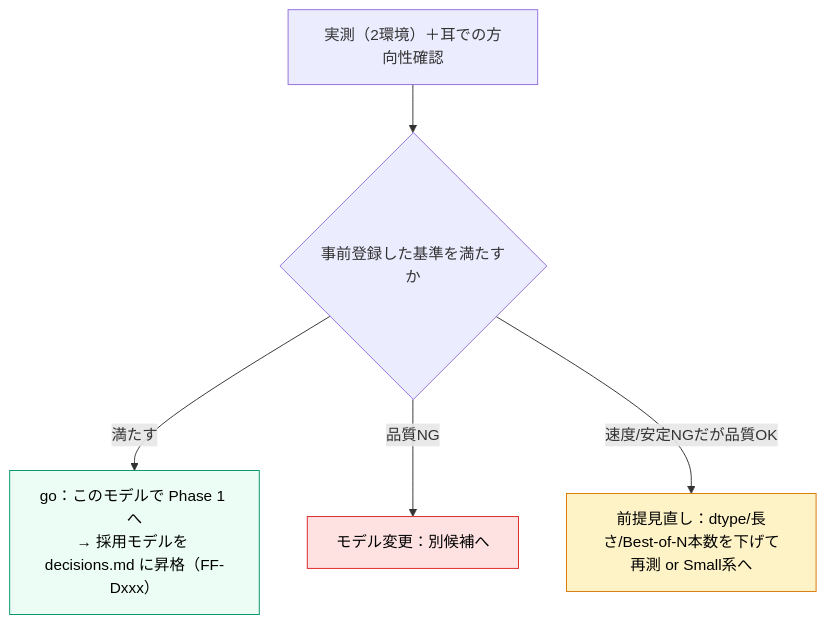
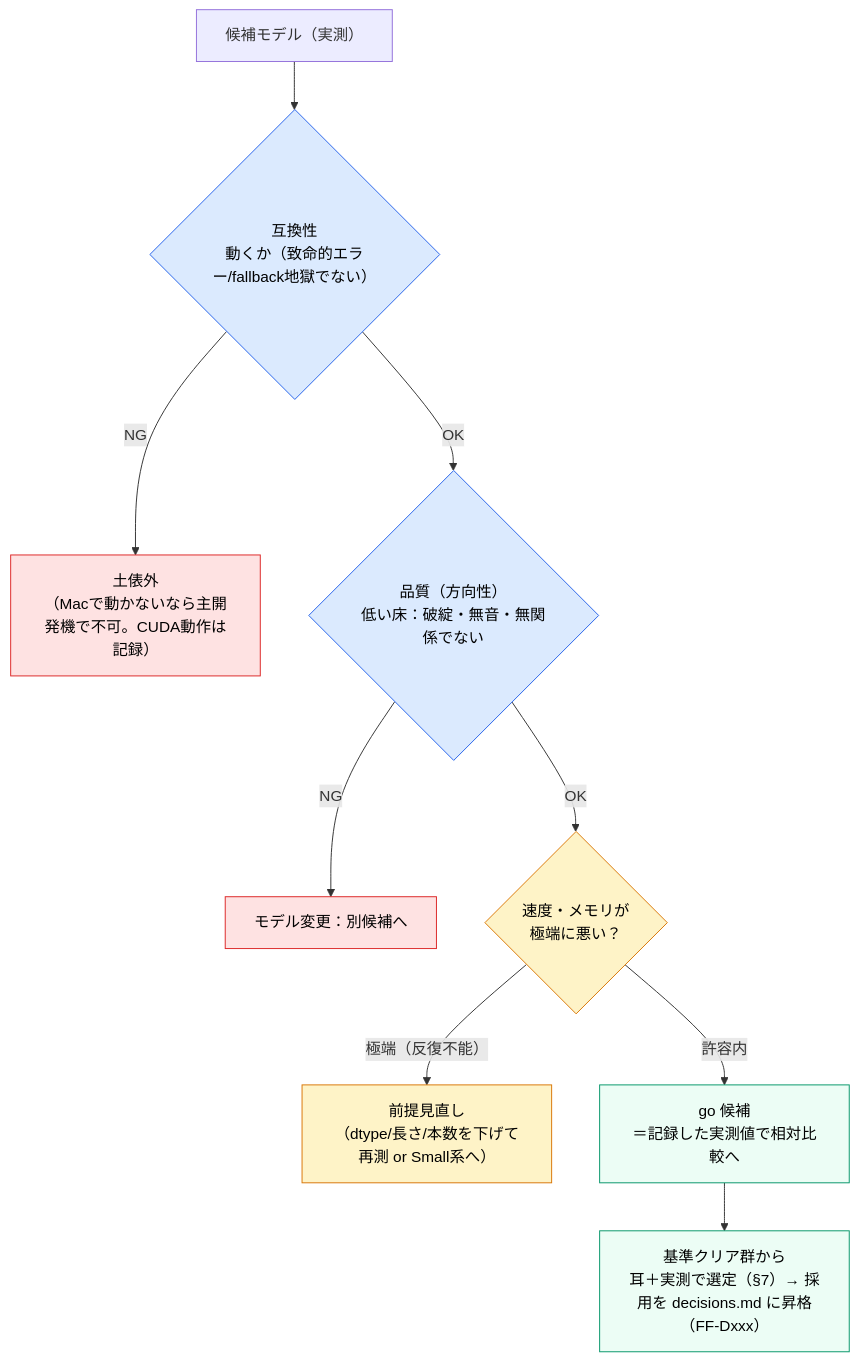
One commit to mgmaru/foley-forge-prototype changed the third of 5 diagrams in docs/phases/phase0/README.md. Above: the diagram before and after it, drawn with Mermaid. The commit also changed other lines of this file, not shown here.

First line of the commit message:
Phase 0 §5 合格基準を合意した判定構造に再構成

````diff
--- a/docs/phases/phase0/README.md
+++ b/docs/phases/phase0/README.md
@@ -173,10 +199,15 @@
 ```mermaid
 flowchart TD
-    R["実測（2環境）＋耳での方向性確認"] --> J{"事前登録した基準を満たすか"}
-    J -- "満たす" --> GO["go：このモデルで Phase 1 へ<br/>→ 採用モデルを decisions.md に昇格（FF-Dxxx）"]:::go
-    J -- "品質NG" --> CHG["モデル変更：別候補へ"]:::chg
-    J -- "速度/安定NGだが品質OK" --> REV["前提見直し：dtype/長さ/Best-of-N本数を下げて再測 or Small系へ"]:::rev
+    M["候補モデル（実測）"] --> G1{"互換性<br/>動くか（致命的エラー/fallback地獄でない）"}:::gate
+    G1 -- NG --> X1["土俵外<br/>（Macで動かないなら主開発機で不可。CUDA動作は記録）"]:::x
+    G1 -- OK --> G2{"品質（方向性）<br/>低い床：破綻・無音・無関係でない"}:::gate
+    G2 -- NG --> X2["モデル変更：別候補へ"]:::x
+    G2 -- OK --> S{"速度・メモリが<br/>極端に悪い？"}:::soft
+    S -- "極端（反復不能）" --> REV["前提見直し<br/>（dtype/長さ/本数を下げて再測 or Small系へ）"]:::soft
+    S -- "許容内" --> CMP["go 候補<br/>＝記録した実測値で相対比較へ"]:::go
+    CMP --> SEL["基準クリア群から<br/>耳＋実測で選定（§7）→ 採用を decisions.md に昇格（FF-Dxxx）"]:::go
+    classDef gate fill:#dbeafe,stroke:#2563eb,color:#000
+    classDef x fill:#fee2e2,stroke:#dc2626,color:#000
+    classDef soft fill:#fef3c7,stroke:#d97706,color:#000
     classDef go fill:#ecfdf5,stroke:#059669,color:#000
-    classDef chg fill:#fee2e2,stroke:#dc2626,color:#000
-    classDef rev fill:#fef3c7,stroke:#d97706,color:#000
 ```
````
